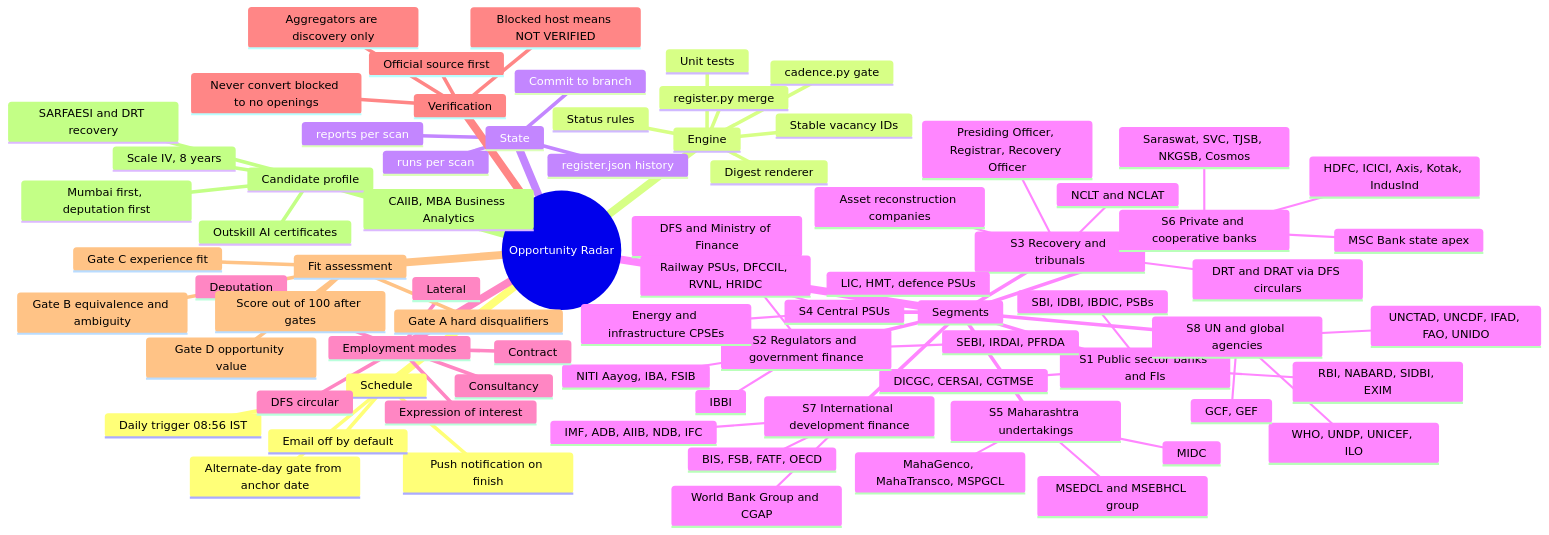
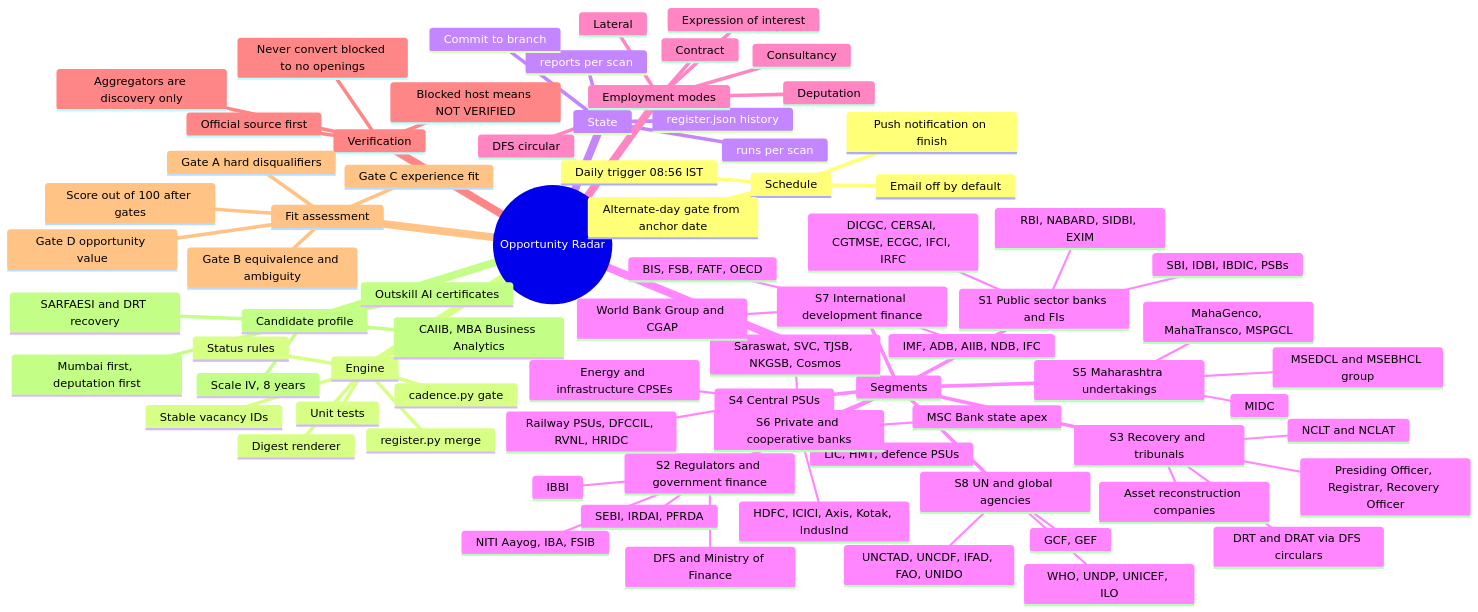
The diagram in opportunity-radar/docs/mind-map.md (Rahul-Ai07/finance-newsletter-skill), drawn with Mermaid before and after one commit. The commit also changed 5 other files, not shown here.

````diff
--- a/opportunity-radar/docs/mind-map.md
+++ b/opportunity-radar/docs/mind-map.md
@@ -3,80 +3,80 @@
 ```mermaid
 mindmap
   root((Opportunity Radar))
     Schedule
       Daily trigger 08:56 IST
       Alternate-day gate from anchor date
       Push notification on finish
       Email off by default
     Engine
       cadence.py gate
       register.py merge
       Stable vacancy IDs
       Status rules
       Digest renderer
       Unit tests
     State
       register.json history
       runs per scan
       reports per scan
       Commit to branch
     Segments
       S1 Public sector banks and FIs
         SBI, IDBI, IBDIC, PSBs
         RBI, NABARD, SIDBI, EXIM
-        DICGC, CERSAI, CGTMSE
+        DICGC, CERSAI, CGTMSE, ECGC, IFCI, IRFC
       S2 Regulators and government finance
         DFS and Ministry of Finance
         IBBI
         SEBI, IRDAI, PFRDA
         NITI Aayog, IBA, FSIB
       S3 Recovery and tribunals
         DRT and DRAT via DFS circulars
         Presiding Officer, Registrar, Recovery Officer
         NCLT and NCLAT
         Asset reconstruction companies
       S4 Central PSUs
         Railway PSUs, DFCCIL, RVNL, HRIDC
         Energy and infrastructure CPSEs
         LIC, HMT, defence PSUs
       S5 Maharashtra undertakings
         MSEDCL and MSEBHCL group
         MahaGenco, MahaTransco, MSPGCL
         MIDC
       S6 Private and cooperative banks
         HDFC, ICICI, Axis, Kotak, IndusInd
         Saraswat, SVC, TJSB, NKGSB, Cosmos
         MSC Bank state apex
       S7 International development finance
         World Bank Group and CGAP
         IMF, ADB, AIIB, NDB, IFC
         BIS, FSB, FATF, OECD
       S8 UN and global agencies
         WHO, UNDP, UNICEF, ILO
         UNCTAD, UNCDF, IFAD, FAO, UNIDO
         GCF, GEF
     Employment modes
       DFS circular
       Deputation
       Lateral
       Contract
       Consultancy
       Expression of interest
     Verification
       Official source first
       Aggregators are discovery only
       Blocked host means NOT VERIFIED
       Never convert blocked to no openings
     Fit assessment
       Gate A hard disqualifiers
       Gate B equivalence and ambiguity
       Gate C experience fit
       Gate D opportunity value
       Score out of 100 after gates
     Candidate profile
       Scale IV, 8 years
       CAIIB, MBA Business Analytics
       SARFAESI and DRT recovery
       Outskill AI certificates
       Mumbai first, deputation first
 ```
````
